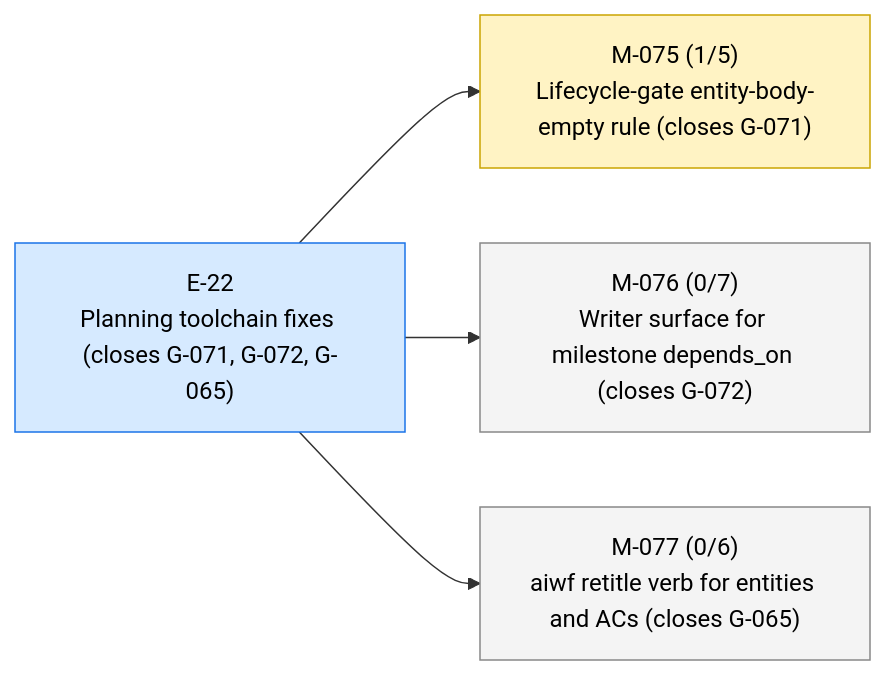
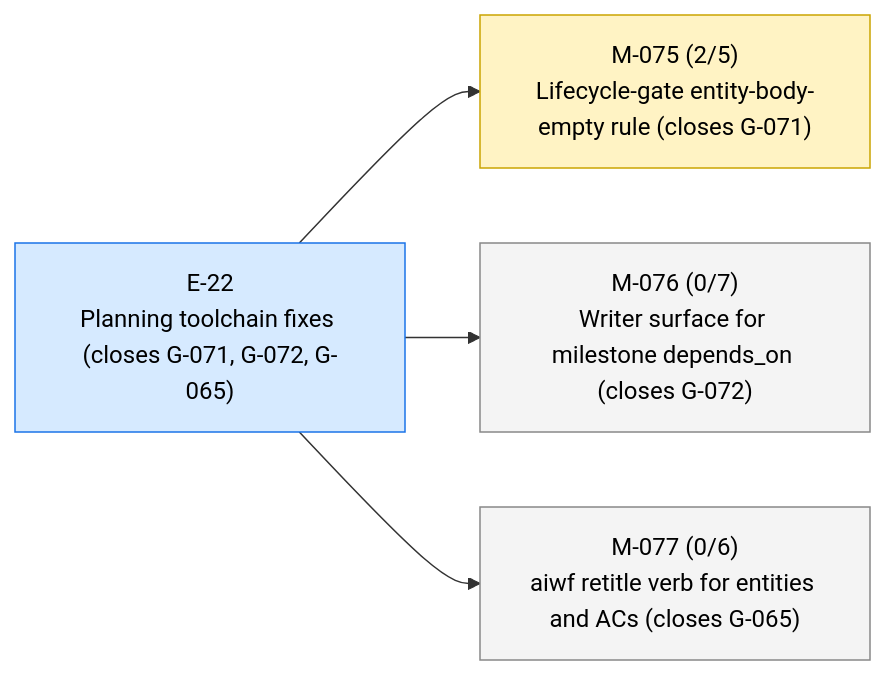
Before and after one commit to 23min/aiwf: the first of 3 diagrams in STATUS.md, drawn with Mermaid. The commit also changed other lines of this file and 1 other file, not shown here.

````diff
--- a/STATUS.md
+++ b/STATUS.md
@@ -13,16 +13,16 @@
 ```mermaid
 flowchart LR
   E_22["E-22<br/>Planning toolchain fixes (closes G-071, G-072, G-065)"]:::epic_active
-  M_075["M-075 (1/5)<br/>Lifecycle-gate entity-body-empty rule (closes G-071)"]:::ms_in_progress
+  M_075["M-075 (2/5)<br/>Lifecycle-gate entity-body-empty rule (closes G-071)"]:::ms_in_progress
   E_22 --> M_075
   M_076["M-076 (0/7)<br/>Writer surface for milestone depends_on (closes G-072)"]:::ms_draft
   E_22 --> M_076
   M_077["M-077 (0/6)<br/>aiwf retitle verb for entities and ACs (closes G-065)"]:::ms_draft
   E_22 --> M_077
   classDef epic_active fill:#d6eaff,stroke:#1a73e8,color:#000
   classDef epic_proposed fill:#f4f4f4,stroke:#888,color:#000
   classDef ms_done fill:#d8f5d8,stroke:#2a8a2a,color:#000
   classDef ms_in_progress fill:#fff3c4,stroke:#caa400,color:#000
   classDef ms_draft fill:#f4f4f4,stroke:#888,color:#000
   classDef ms_cancelled fill:#fbeaea,stroke:#c33,color:#000
 ```
````
